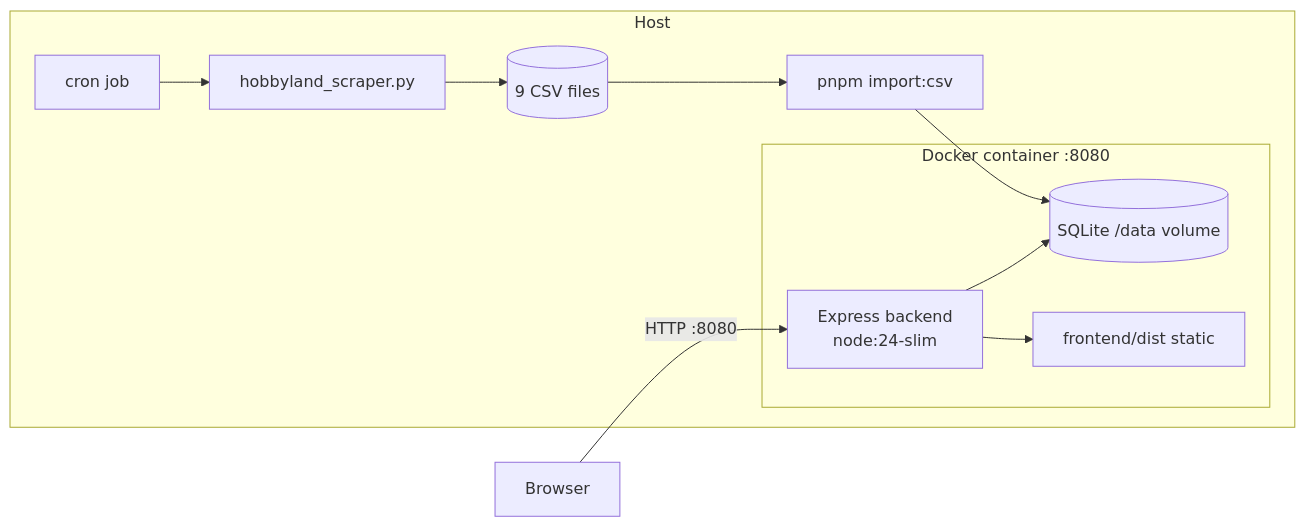
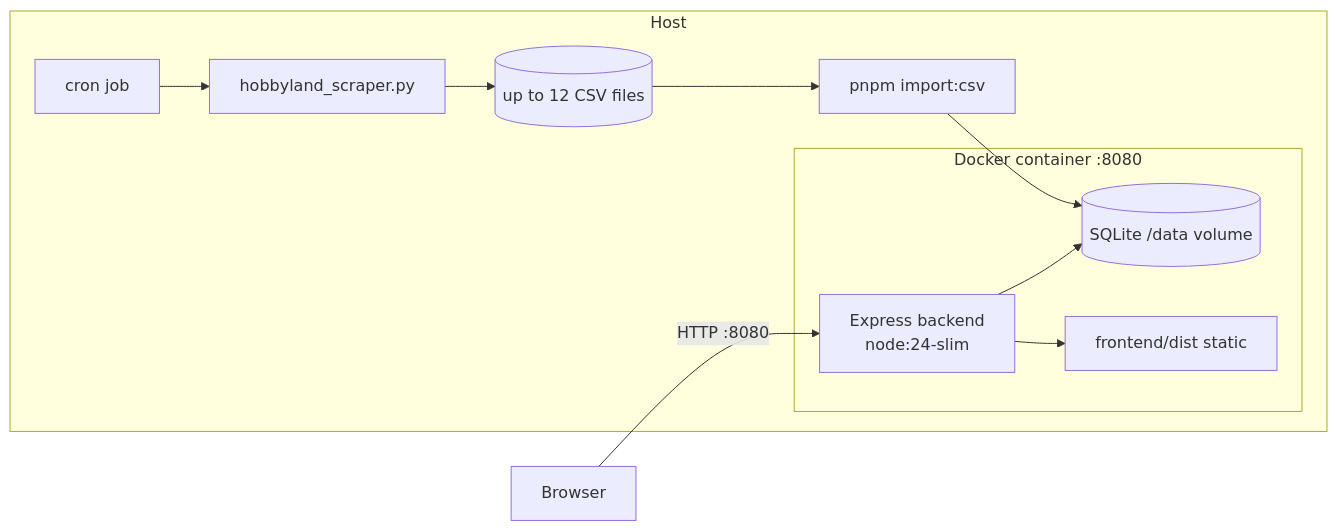
Before and after one commit to jakwong1981/hobbyland: the seventh of 7 diagrams in docs/ARCHITECTURE.md, drawn with Mermaid. The commit also changed other lines of this file and 22 other files, not shown here.

````diff
--- a/docs/ARCHITECTURE.md
+++ b/docs/ARCHITECTURE.md
@@ -182,14 +182,14 @@
 ```mermaid
 flowchart LR
     subgraph Host
         CRON[cron job] --> SCR[hobbyland_scraper.py]
-        SCR --> CSV[(9 CSV files)]
+        SCR --> CSV[(up to 12 CSV files)]
         CSV --> CLI[pnpm import:csv]
         subgraph Docker container :8080
             BE[Express backend<br/>node:24-slim] --> DB[(SQLite /data volume)]
             BE --> FE[frontend/dist static]
         end
         CLI --> DB
     end
     Browser -->|HTTP :8080| BE
 ```
````
